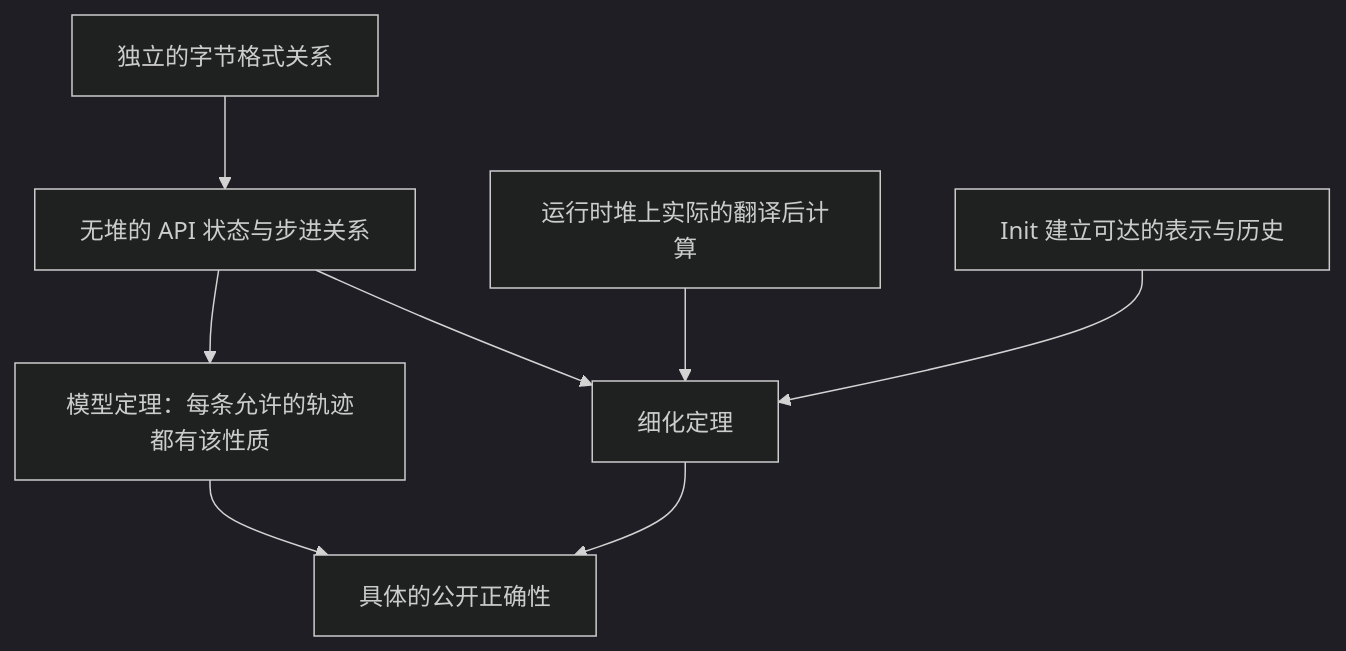
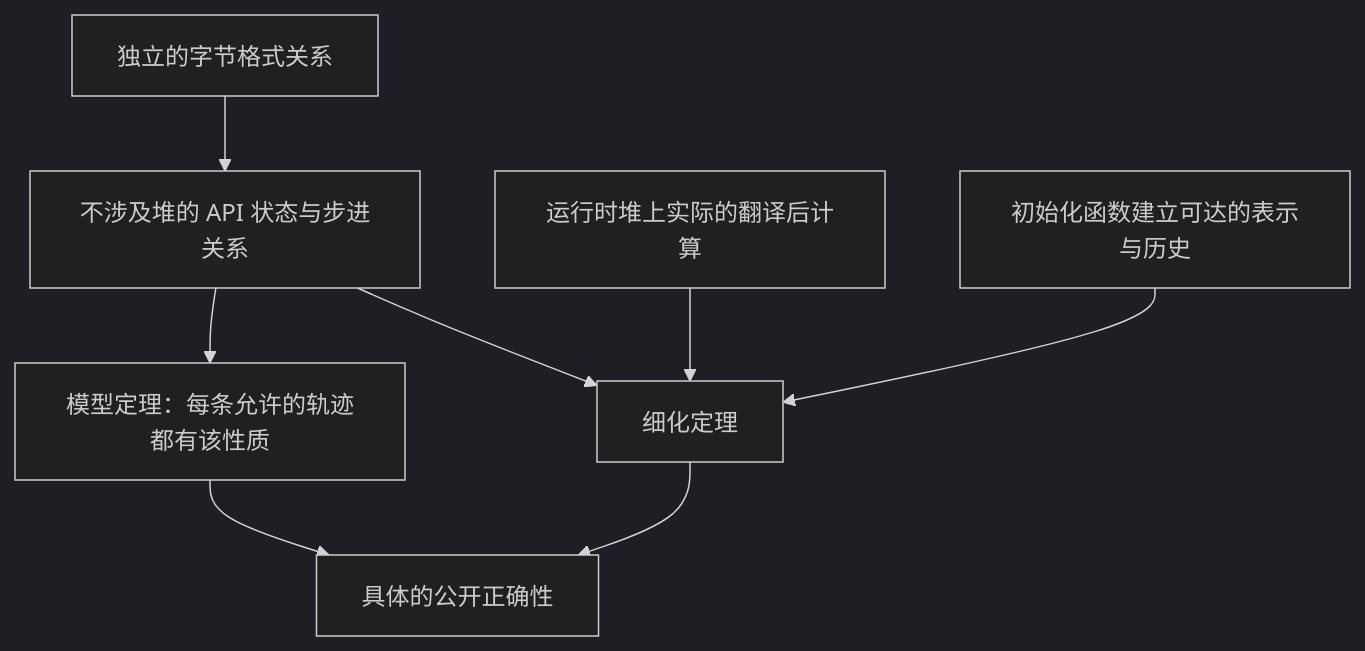
Before and after one commit to cla7aye15I4nd/oss-proof: the diagram in docs/design/api-model.zh.md, drawn with Mermaid (dark theme). The commit also changed other lines of this file and 1 other file, not shown here.

Commit message:
API models page: the model round trip against the checked conditional round trip of the translated C; Chinese terms

````diff
--- a/docs/design/api-model.zh.md
+++ b/docs/design/api-model.zh.md
@@ -15,10 +17,10 @@
 ```mermaid
 flowchart TD
-    F["独立的字节格式关系"] --> M["无堆的 API 状态与步进关系"]
+    F["独立的字节格式关系"] --> M["不涉及堆的 API 状态与步进关系"]
     M --> MT["模型定理：每条允许的轨迹都有该性质"]
     T["运行时堆上实际的翻译后计算"] --> R["细化定理"]
     M --> R
     R --> C["具体的公开正确性"]
     MT --> C
-    I["Init 建立可达的表示与历史"] --> R
+    I["初始化函数建立可达的表示与历史"] --> R
 ```
````
